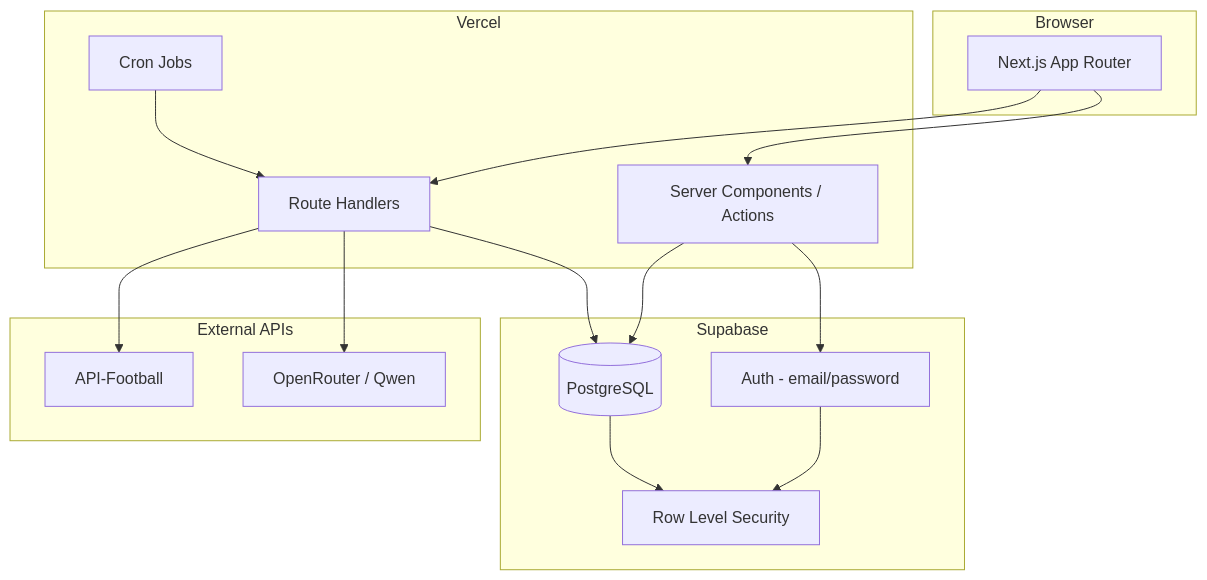
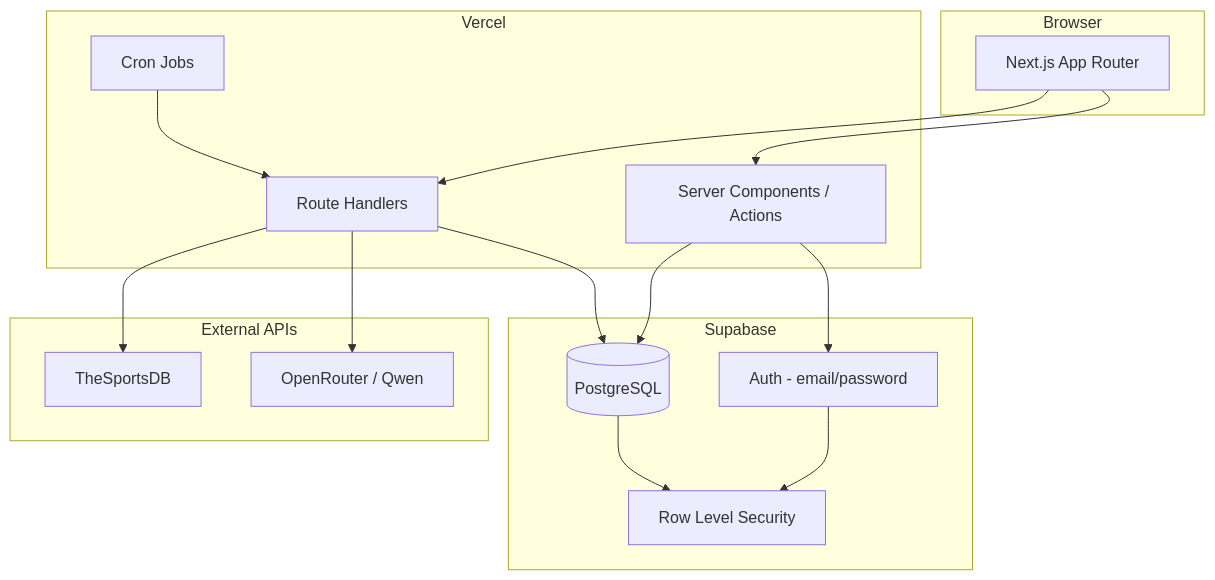
One commit to 20tanishq10/stake-bet-dashboard changed the diagram in docs/architecture.md. Above: the diagram before and after it, drawn with Mermaid. The commit also changed other lines of this file and 21 other files, not shown here.

````diff
--- a/docs/architecture.md
+++ b/docs/architecture.md
@@ -17,34 +17,34 @@
 ```mermaid
 flowchart TB
   subgraph client [Browser]
     UI[Next.js App Router]
   end
 
   subgraph vercel [Vercel]
     SSR[Server Components / Actions]
     API[Route Handlers]
     CRON[Cron Jobs]
   end
 
   subgraph supabase [Supabase]
     AUTH[Auth - email/password]
     DB[(PostgreSQL)]
     RLS[Row Level Security]
   end
 
   subgraph external [External APIs]
-    AF[API-Football]
+    TSDB[TheSportsDB]
     OR[OpenRouter / Qwen]
   end
 
   UI --> SSR
   UI --> API
   SSR --> AUTH
   SSR --> DB
   API --> DB
-  API --> AF
+  API --> TSDB
   API --> OR
   CRON --> API
   AUTH --> RLS
   DB --> RLS
 ```
````
